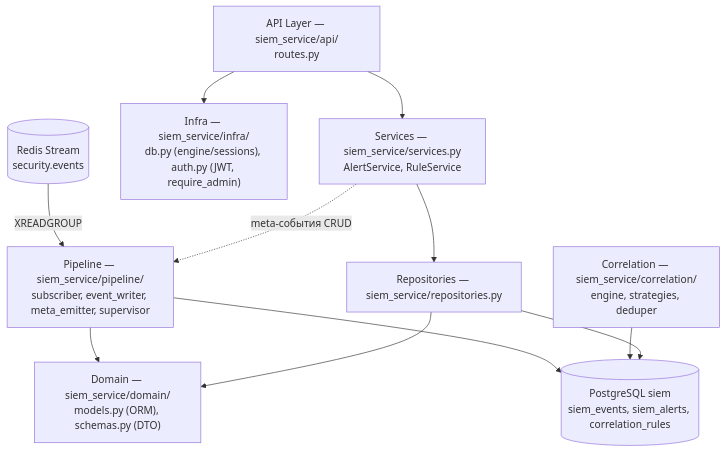
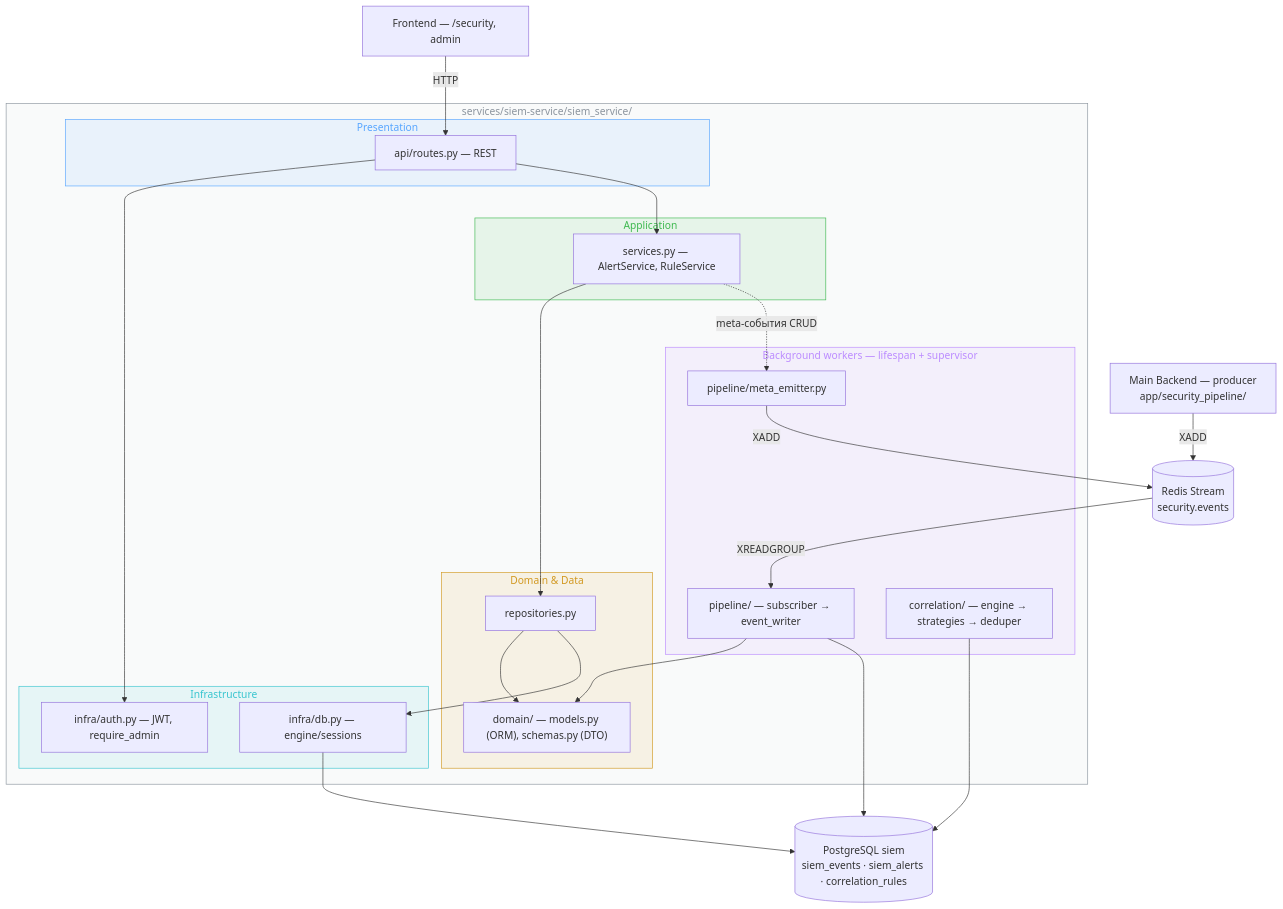
Before and after one commit to Bbar0n234/learnflow-ai: the first of 3 diagrams in doc/tech/siem-service.md, drawn with Mermaid. The commit also changed other lines of this file and 3 other files, not shown here.

First line of the commit message:
docs(architecture): диаграммы v2 — слои как цветные overlay-подложки

````diff
--- a/doc/tech/siem-service.md
+++ b/doc/tech/siem-service.md
@@ -20,23 +22,51 @@
 ```mermaid
 graph TD
-    SUB["Pipeline — siem_service/pipeline/<br>subscriber, event_writer, meta_emitter, supervisor"]
-    COR["Correlation — siem_service/correlation/<br>engine, strategies, deduper"]
-    APIL["API Layer — siem_service/api/<br>routes.py"]
-    SVC["Services — siem_service/services.py<br>AlertService, RuleService"]
-    REPO["Repositories — siem_service/repositories.py"]
-    DOM["Domain — siem_service/domain/<br>models.py (ORM), schemas.py (DTO)"]
-    INFRA["Infra — siem_service/infra/<br>db.py (engine/sessions), auth.py (JWT, require_admin)"]
+    FRONT["Frontend — /security, admin"]
+    PROD["Main Backend — producer<br>app/security_pipeline/"]
     REDIS[("Redis Stream<br>security.events")]
-    DB[("PostgreSQL siem<br>siem_events, siem_alerts, correlation_rules")]
+    SIEMDB[("PostgreSQL siem<br>siem_events · siem_alerts · correlation_rules")]
 
+    subgraph BOUND["services/siem-service/siem_service/"]
+        subgraph PRES["Presentation"]
+            ROUTES["api/routes.py — REST"]
+        end
+        subgraph APPL["Application"]
+            SVCS["services.py — AlertService, RuleService"]
+        end
+        subgraph BGW["Background workers — lifespan + supervisor"]
+            SUB["pipeline/ — subscriber → event_writer"]
+            META["pipeline/meta_emitter.py"]
+            CORR["correlation/ — engine → strategies → deduper"]
+        end
+        subgraph DATA["Domain & Data"]
+            REPO["repositories.py"]
+            DOM["domain/ — models.py (ORM), schemas.py (DTO)"]
+        end
+        subgraph INFR["Infrastructure"]
+            DBI["infra/db.py — engine/sessions"]
+            AUTH["infra/auth.py — JWT, require_admin"]
+        end
+    end
+
+    PROD -->|XADD| REDIS
     REDIS -->|XREADGROUP| SUB
+    FRONT -->|HTTP| ROUTES
+    ROUTES --> AUTH
+    ROUTES --> SVCS
+    SVCS --> REPO
+    SVCS -.->|"meta-события CRUD"| META
+    META -->|XADD| REDIS
     SUB --> DOM
-    SUB --> DB
-    COR --> DB
-    APIL --> SVC
-    SVC --> REPO
+    CORR --> SIEMDB
     REPO --> DOM
-    REPO --> DB
-    APIL --> INFRA
-    SVC -.->|meta-события CRUD| SUB
+    REPO --> DBI
+    DBI --> SIEMDB
+    SUB --> SIEMDB
+
+    style BOUND fill:#8b949e0d,stroke:#8b949e,color:#8b949e
+    style PRES fill:#58a6ff1a,stroke:#58a6ff,color:#58a6ff
+    style APPL fill:#3fb9501a,stroke:#3fb950,color:#3fb950
+    style BGW fill:#bc8cff1a,stroke:#bc8cff,color:#bc8cff
+    style DATA fill:#d299221a,stroke:#d29922,color:#d29922
+    style INFR fill:#39c5cf1a,stroke:#39c5cf,color:#39c5cf
 ```
````
